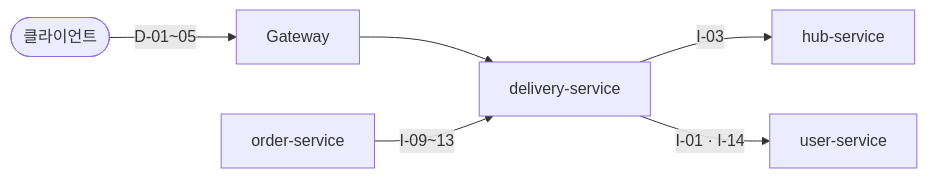
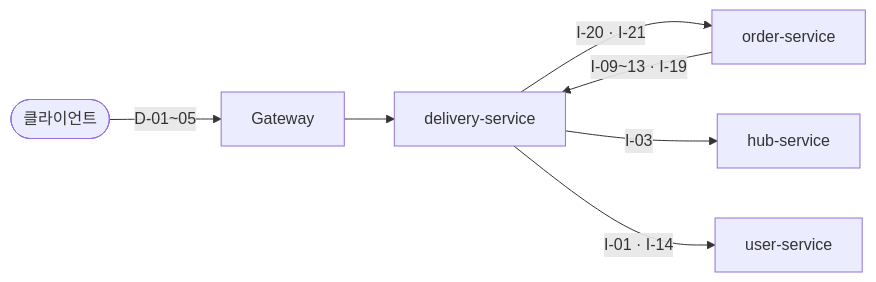
Before and after one commit to logistics-group3/logistics-management: the diagram in delivery-service/docs/domain/delivery-api.md, drawn with Mermaid. The commit also changed other lines of this file and 4 other files, not shown here.

````diff
--- a/delivery-service/docs/domain/delivery-api.md
+++ b/delivery-service/docs/domain/delivery-api.md
@@ -22,7 +22,8 @@
 ```mermaid
 flowchart LR
     C([클라이언트]) -->|D-01~05| G[Gateway] --> D[delivery-service]
-    O[order-service] -->|I-09~13| D
+    O[order-service] -->|I-09~13 · I-19| D
+    D -->|I-20 · I-21| O
     D -->|I-03| H[hub-service]
     D -->|I-01 · I-14| U[user-service]
 ```
````
